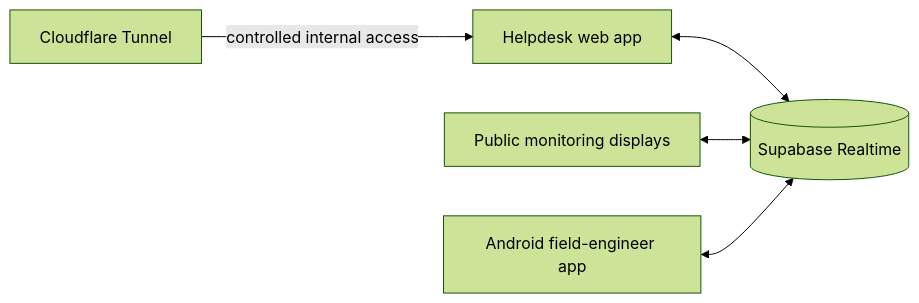
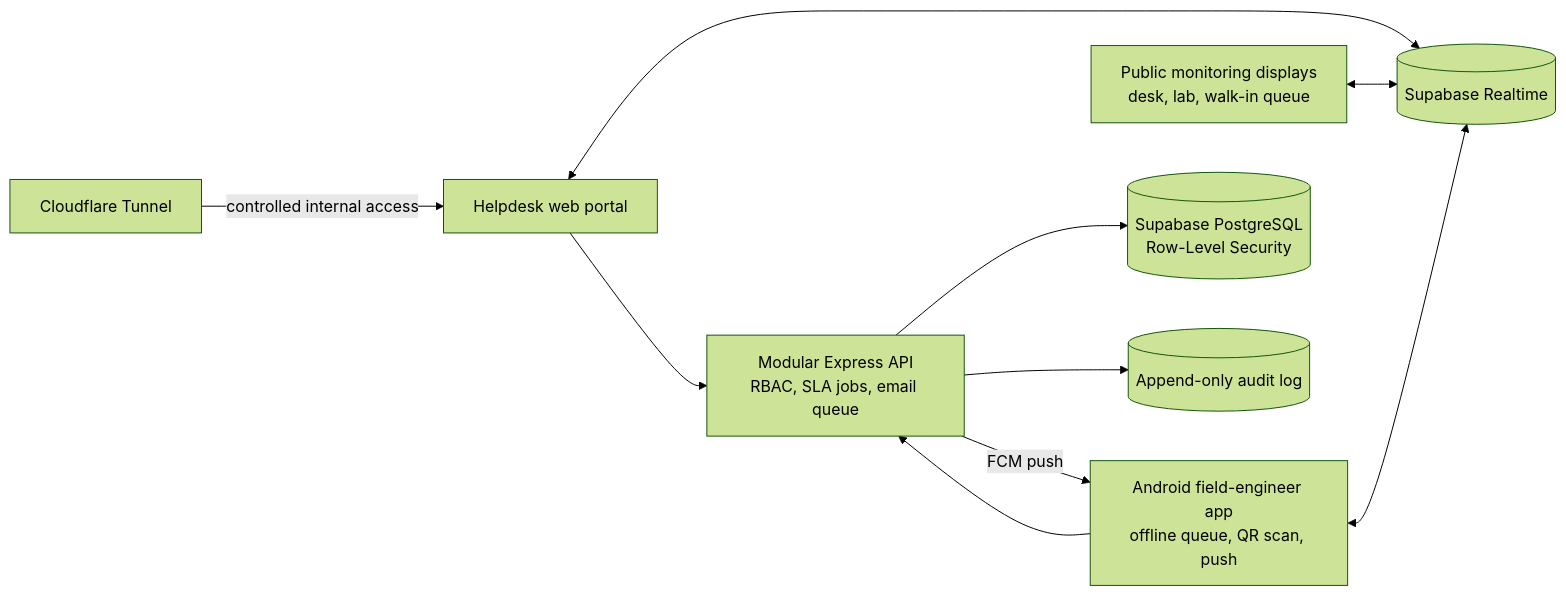
The fifth of 8 diagrams in README.md (almahmudpias/almahmudpias), drawn with Mermaid (forest theme) before and after one commit. The commit also changed other lines of this file, not shown here.

````diff
--- a/README.md
+++ b/README.md
@@ -203,7 +203,12 @@
 ```mermaid
 flowchart LR
-  H["Helpdesk web app"] <--> RT[("Supabase Realtime")]
-  D["Public monitoring displays"] <--> RT
-  A["Android field-engineer app"] <--> RT
+  H["Helpdesk web portal"] <--> RT[("Supabase Realtime")]
+  D["Public monitoring displays<br/>desk, lab, walk-in queue"] <--> RT
+  A["Android field-engineer app<br/>offline queue, QR scan, push"] <--> RT
+  H --> API["Modular Express API<br/>RBAC, SLA jobs, email queue"]
+  A --> API
+  API --> DB[("Supabase PostgreSQL<br/>Row-Level Security")]
+  API -->|"FCM push"| A
+  API --> AUD[("Append-only audit log")]
   T["Cloudflare Tunnel"] -->|"controlled internal access"| H
 ```
````
